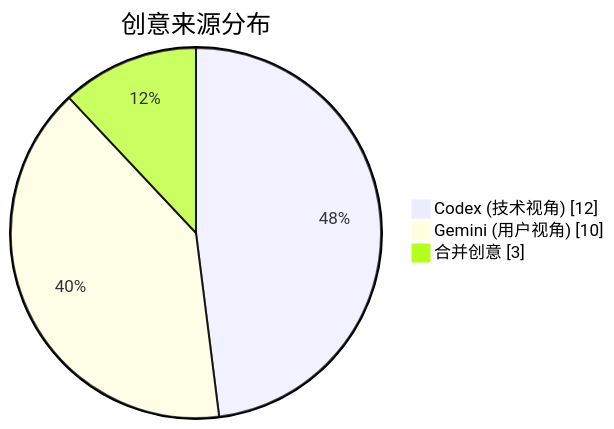
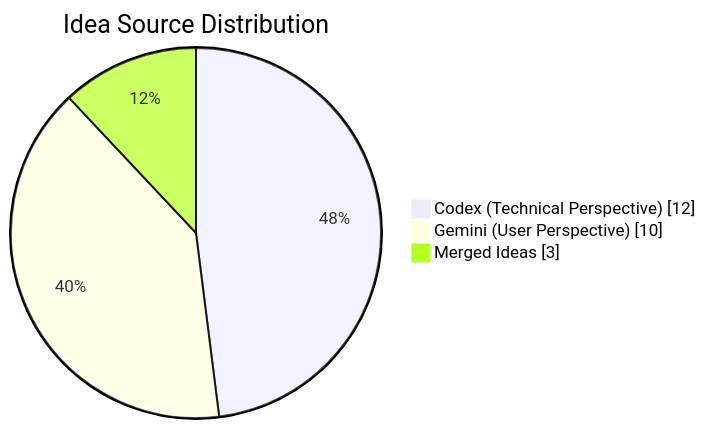
One commit to zengwenliang416/my-plugins changed the eighth of 10 diagrams in plugins/brainstorm/skills/idea-evaluator/references/mermaid-templates.md. Above: the diagram before and after it, drawn with Mermaid. The commit also changed other lines of this file and 3 other files, not shown here.

````diff
--- a/plugins/brainstorm/skills/idea-evaluator/references/mermaid-templates.md
+++ b/plugins/brainstorm/skills/idea-evaluator/references/mermaid-templates.md
@@ -157,7 +157,7 @@
 ```mermaid
 pie showData
-    title 创意来源分布
-    "Codex (技术视角)" : 12
-    "Gemini (用户视角)" : 10
-    "合并创意" : 3
+    title Idea Source Distribution
+    "Codex (Technical Perspective)" : 12
+    "Gemini (User Perspective)" : 10
+    "Merged Ideas" : 3
 ```
````
